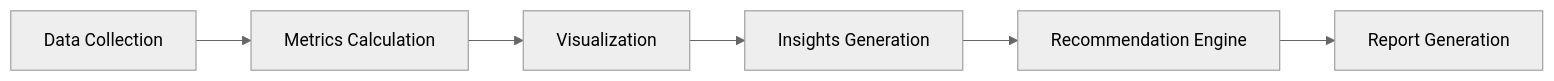
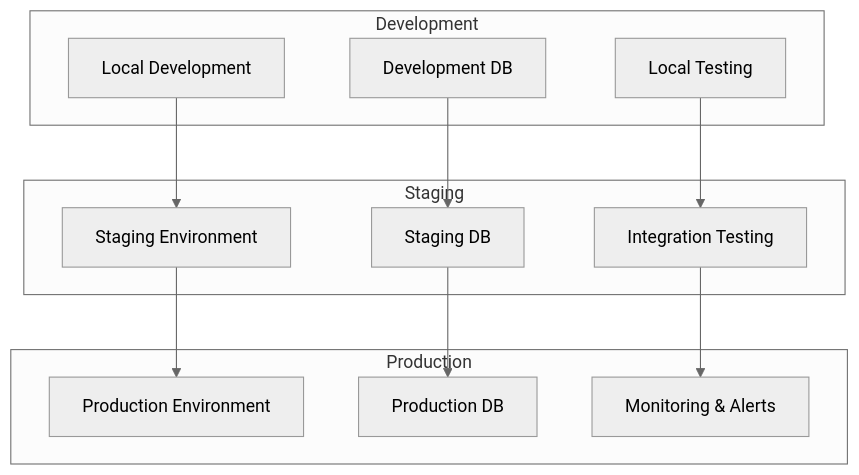
One commit to sora-kisaragi/TechLingualQuest changed the eighth of 15 diagrams in design/HLD.md. Above: the diagram before and after it, drawn with Mermaid (neutral theme). The commit also changed other lines of this file and 3 other files, not shown here.

````diff
--- a/design/HLD.md
+++ b/design/HLD.md
@@ -191,8 +543,29 @@
 ```mermaid
-graph LR
-    A[Data Collection] --> B[Metrics Calculation]
-    B --> C[Visualization]
-    C --> D[Insights Generation]
-    D --> E[Recommendation Engine]
-    E --> F[Report Generation]
+graph TD
+    subgraph "Development"
+        A[Local Development]
+        B[Development DB]
+        C[Local Testing]
+    end
+    
+    subgraph "Staging"
+        D[Staging Environment]
+        E[Staging DB]
+        F[Integration Testing]
+    end
+    
+    subgraph "Production"
+        G[Production Environment]
+        H[Production DB]
+        I[Monitoring & Alerts]
+    end
+    
+    A --> D
+    D --> G
+    
+    B --> E
+    E --> H
+    
+    C --> F
+    F --> I
 ```
````
